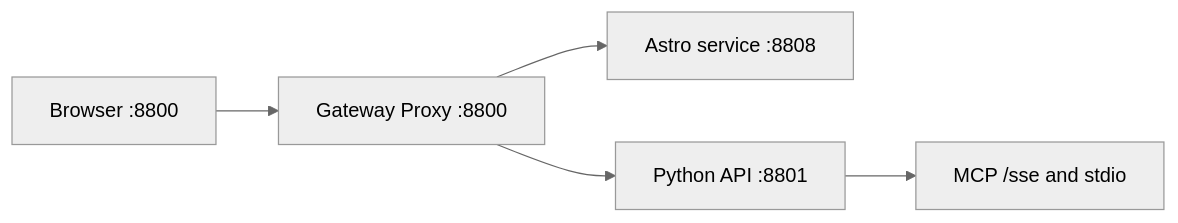
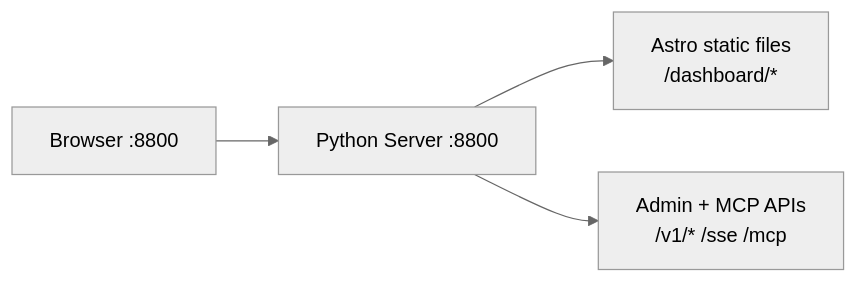
The second of 8 diagrams in docs/architecture/system-design.md (hiimtrung/minder), drawn with Mermaid (neutral theme) before and after one commit. The commit also changed other lines of this file and 69 other files, not shown here.

````diff
--- a/docs/architecture/system-design.md
+++ b/docs/architecture/system-design.md
@@ -100,7 +89,6 @@
 ```mermaid
 flowchart LR
-  Browser["Browser :8800"] --> Proxy["Gateway Proxy :8800"]
-  Proxy --> Astro["Astro service :8808"]
-  Proxy --> Python["Python API :8801"]
-  Python --> MCP["MCP /sse and stdio"]
+  Browser["Browser :8800"] --> Server["Python Server :8800"]
+  Server --> Dashboard["Astro static files\n/dashboard/*"]
+  Server --> API["Admin + MCP APIs\n/v1/* /sse /mcp"]
 ```
````
